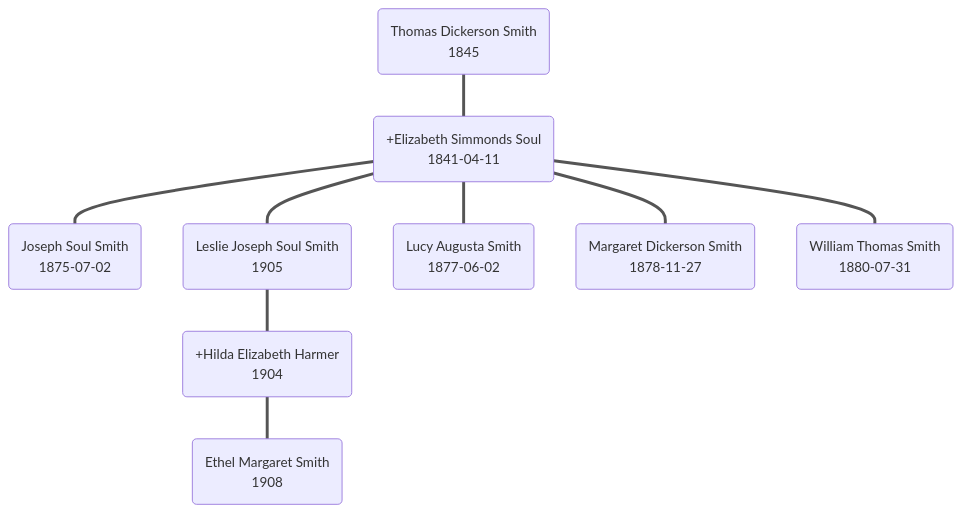
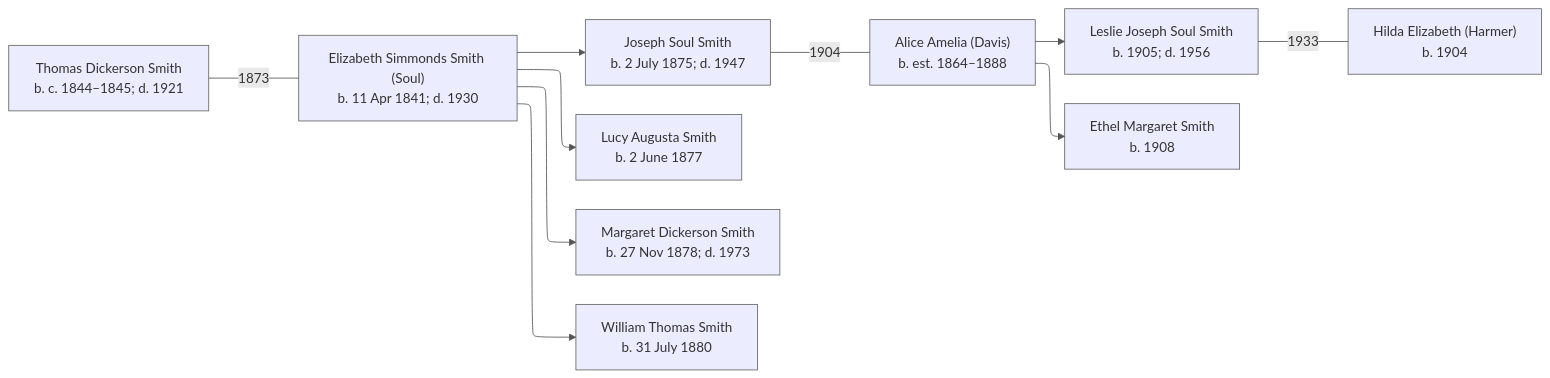
Before and after one commit to soul-family/family-tree: the diagram in src-content/branch/diagrams/smith.md, drawn with Mermaid. The commit also changed other lines of this file and 97 other files, not shown here.

````diff
--- a/src-content/branch/diagrams/smith.md
+++ b/src-content/branch/diagrams/smith.md
@@ -3,13 +3,50 @@
 ```mermaid
-flowchart TD
-    1845_thomas_smith(Thomas Dickerson Smith<br/>1845) === 1841_elizabeth_soul(+Elizabeth Simmonds Soul<br/>1841-04-11)
-    1841_elizabeth_soul === 1875_joseph_smith(Joseph Soul Smith<br/>1875-07-02)
-    1841_elizabeth_soul === 1905_leslie_smith(Leslie Joseph Soul Smith<br/>1905)
-    1841_elizabeth_soul === 1877_lucy_smith(Lucy Augusta Smith<br/>1877-06-02)
-    1841_elizabeth_soul === 1878_margaret_smith(Margaret Dickerson Smith<br/>1878-11-27)
-    1841_elizabeth_soul === 1880_william_smith(William Thomas Smith<br/>1880-07-31)
-    1905_leslie_smith === 1904_hilda_harmer(+Hilda Elizabeth Harmer<br/>1904)
-    1904_hilda_harmer === 1908_ethel_smith(Ethel Margaret Smith<br/>1908)
+---
+config:
+  flowchart:
+    defaultRenderer: elk
+---
+flowchart LR
+    %% Thomas: completed age 56 in the 1901 census gives 1844–1845.
+    1844-1845_thomas_smith["Thomas Dickerson Smith<br/>b. c. 1844–1845; d. 1921"]:::person
+    1841_elizabeth__soul["Elizabeth Simmonds Smith (Soul)<br/>b. 11 Apr 1841; d. 1930"]:::person
 
+    1875_joseph_smith["Joseph Soul Smith<br/>b. 2 July 1875; d. 1947"]:::person
+    %% Alice has neither birth nor usable age evidence.
+    %% Latest instruction uses provisional parental ages 15–60, not 18–40.
+    %% Child Leslie, b. 1905: Alice's provisional interval = 1845–1890.
+    %% Child Ethel, b. 1908: Alice's provisional interval = 1848–1893.
+    %% Marriage in 1904, assumed ages 16–40: interval = 1864–1888.
+    %% Intersection of all applicable fallback intervals = 1864–1888.
+    %% This estimate uses documented child births and marriage, not another estimate.
+    1864-1888_alice__davis["Alice Amelia (Davis)<br/>b. est. 1864–1888"]:::person
+    1877_lucy_smith["Lucy Augusta Smith<br/>b. 2 June 1877"]:::person
+    1878_margaret_smith["Margaret Dickerson Smith<br/>b. 27 Nov 1878; d. 1973"]:::person
+    %% William's death is reported in the source, but no death year is supplied.
+    1880_william_smith["William Thomas Smith<br/>b. 31 July 1880"]:::person
+
+    1905_leslie_smith["Leslie Joseph Soul Smith<br/>b. 1905; d. 1956"]:::person
+    1904_hilda__harmer["Hilda Elizabeth (Harmer)<br/>b. 1904"]:::person
+    1908_ethel_smith["Ethel Margaret Smith<br/>b. 1908"]:::person
+
+    %% Thomas and Elizabeth: marriage Q1 1873, Hackney.
+    %% Elizabeth is explicitly described as Thomas's widow in his probate record.
+    1844-1845_thomas_smith ---|1873| 1841_elizabeth__soul
+    %% Source order: Thomas is parent1; Elizabeth is parent2.
+    1841_elizabeth__soul --> 1875_joseph_smith
+    1841_elizabeth__soul --> 1877_lucy_smith
+    1841_elizabeth__soul --> 1878_margaret_smith
+    1841_elizabeth__soul --> 1880_william_smith
+
+    %% Joseph and Alice: marriage 1904, Stroud.
+    1875_joseph_smith ---|1904| 1864-1888_alice__davis
+    %% Source order: Joseph is parent1; Alice is parent2.
+    1864-1888_alice__davis --> 1905_leslie_smith
+    1864-1888_alice__davis --> 1908_ethel_smith
+
+    %% Leslie and Hilda: marriage 1933, Rodborough, Gloucestershire.
+    1905_leslie_smith ---|1933| 1904_hilda__harmer
+
+    classDef person stroke:#666666;
     linkStyle default stroke:#555
 ```
````
